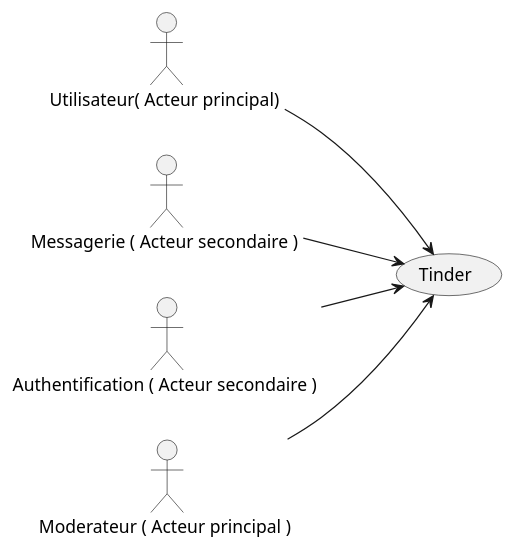
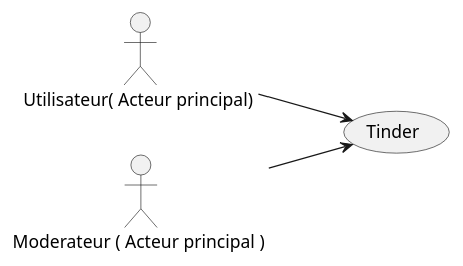
One commit to MinaroliCorentin/PSO changed the diagram in src/Projet_Tinder_Cas_Statique.puml. Above: the diagram before and after it, drawn with PlantUML. The commit also changed 15 other files, not shown here.

```diff
--- a/src/Projet_Tinder_Cas_Statique.puml
+++ b/src/Projet_Tinder_Cas_Statique.puml
@@ -1,13 +1,9 @@
 @startuml
 left to right direction
 "Utilisateur( Acteur principal) " as User
-"Messagerie ( Acteur secondaire ) " as Messaging
-"Authentification ( Acteur secondaire ) " as Auth
 "Moderateur ( Acteur principal ) " as Moderator
 "Tinder" as (AppliDeRencontire)
 
 User --> (AppliDeRencontire)
-Messaging --> (AppliDeRencontire)
-Auth --> (AppliDeRencontire)
 Moderator --> (AppliDeRencontire)
 @enduml
```
